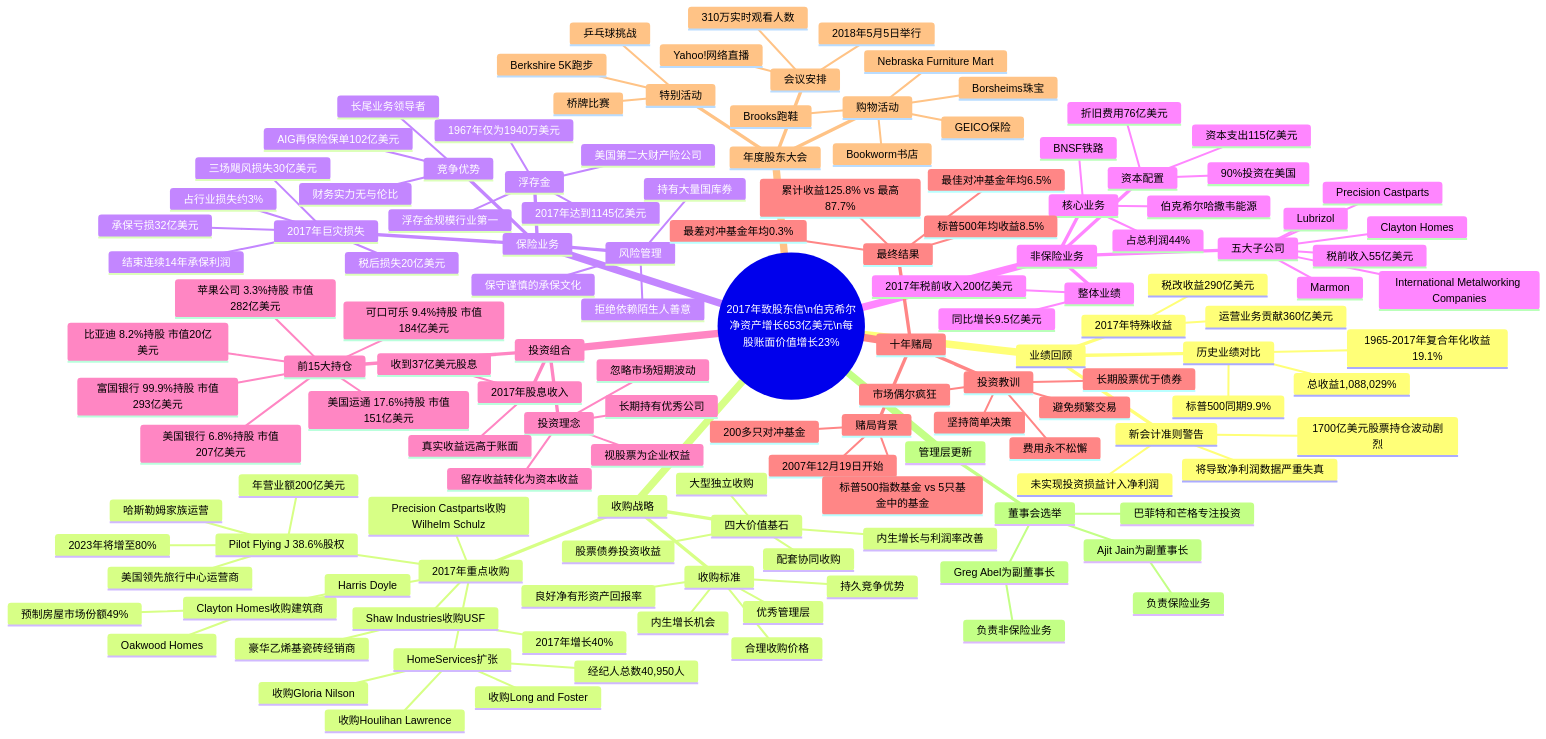
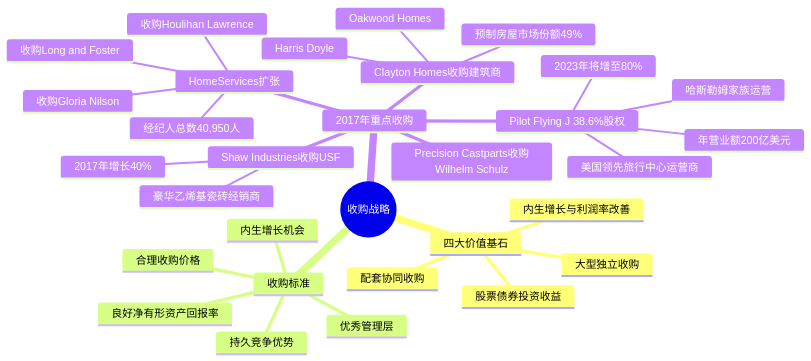
Before and after one commit to carllhm/buffett-knowledge-base: the third of 9 diagrams in docs/01_letters/2017年/思维导图.md, drawn with Mermaid. The commit also changed other lines of this file and 719 other files, not shown here.

Commit message:
思维导图重构：两级结构，总览+折叠子导图

````diff
--- a/docs/01_letters/2017年/思维导图.md
+++ b/docs/01_letters/2017年/思维导图.md
@@ -11,140 +90,34 @@
 ```mermaid
 mindmap
-  root((2017年致股东信\n伯克希尔净资产增长653亿美元\n每股账面价值增长23%))
-    业绩回顾
-      历史业绩对比
-        1965-2017年复合年化收益19.1%
-        总收益1,088,029%
-        标普500同期9.9%
-      2017年特殊收益
-        运营业务贡献360亿美元
-        税改收益290亿美元
-      新会计准则警告
-        未实现投资损益计入净利润
-        1700亿美元股票持仓波动剧烈
-        将导致净利润数据严重失真
-    收购战略
-      四大价值基石
-        大型独立收购
-        配套协同收购
-        内生增长与利润率改善
-        股票债券投资收益
-      收购标准
-        持久竞争优势
-        优秀管理层
-        良好净有形资产回报率
-        内生增长机会
-        合理收购价格
-      2017年重点收购
-        Pilot Flying J 38.6%股权
-          美国领先旅行中心运营商
-          年营业额200亿美元
-          哈斯勒姆家族运营
-          2023年将增至80%
-        Clayton Homes收购建筑商
-          Oakwood Homes
-          Harris Doyle
-          预制房屋市场份额49%
-        Shaw Industries收购USF
-          豪华乙烯基瓷砖经销商
-          2017年增长40%
-        HomeServices扩张
-          收购Long and Foster
-          收购Houlihan Lawrence
-          收购Gloria Nilson
-          经纪人总数40,950人
-        Precision Castparts收购Wilhelm Schulz
-    保险业务
-      浮存金
-        2017年达到1145亿美元
-        1967年仅为1940万美元
-        美国第二大财产险公司
-        浮存金规模行业第一
-      2017年巨灾损失
-        三场飓风损失30亿美元
-        税后损失20亿美元
-        占行业损失约3%
-        承保亏损32亿美元
-        结束连续14年承保利润
-      竞争优势
-        财务实力无与伦比
-        长尾业务领导者
-        AIG再保险保单102亿美元
-      风险管理
-        保守谨慎的承保文化
-        拒绝依赖陌生人善意
-        持有大量国库券
-    非保险业务
-      整体业绩
-        2017年税前收入200亿美元
-        同比增长9.5亿美元
-      核心业务
-        BNSF铁路
-        伯克希尔哈撒韦能源
-        占总利润44%
-      五大子公司
-        Clayton Homes
-        International Metalworking Companies
-        Lubrizol
-        Marmon
-        Precision Castparts
-        税前收入55亿美元
-      资本配置
-        折旧费用76亿美元
-        资本支出115亿美元
-        90%投资在美国
-    投资组合
-      前15大持仓
-        富国银行 99.9%持股 市值293亿美元
-        苹果公司 3.3%持股 市值282亿美元
-        美国银行 6.8%持股 市值207亿美元
-        可口可乐 9.4%持股 市值184亿美元
-        美国运通 17.6%持股 市值151亿美元
-        比亚迪 8.2%持股 市值20亿美元
-      投资理念
-        视股票为企业权益
-        忽略市场短期波动
-        长期持有优秀公司
-        留存收益转化为资本收益
-      2017年股息收入
-        收到37亿美元股息
-        真实收益远高于账面
-    十年赌局
-      赌局背景
-        2007年12月19日开始
-        标普500指数基金 vs 5只基金中的基金
-        200多只对冲基金
-      最终结果
-        标普500年均收益8.5%
-        最佳对冲基金年均6.5%
-        最差对冲基金年均0.3%
-        累计收益125.8% vs 最高87.7%
-      投资教训
-        费用永不松懈
-        市场偶尔疯狂
-        坚持简单决策
-        长期股票优于债券
-        避免频繁交易
-    年度股东大会
-      会议安排
-        2018年5月5日举行
-        Yahoo!网络直播
-        310万实时观看人数
-      购物活动
-        Nebraska Furniture Mart
-        Borsheims珠宝
-        Brooks跑鞋
-        GEICO保险
-        Bookworm书店
-      特别活动
-        Berkshire 5K跑步
-        桥牌比赛
-        乒乓球挑战
-    管理层更新
-      董事会选举
-        Ajit Jain为副董事长
-          负责保险业务
-        Greg Abel为副董事长
-          负责非保险业务
-        巴菲特和芒格专注投资
+  root((收购战略))
+    四大价值基石
+      大型独立收购
+      配套协同收购
+      内生增长与利润率改善
+      股票债券投资收益
+    收购标准
+      持久竞争优势
+      优秀管理层
+      良好净有形资产回报率
+      内生增长机会
+      合理收购价格
+    2017年重点收购
+      Pilot Flying J 38.6%股权
+        美国领先旅行中心运营商
+        年营业额200亿美元
+        哈斯勒姆家族运营
+        2023年将增至80%
+      Clayton Homes收购建筑商
+        Oakwood Homes
+        Harris Doyle
+        预制房屋市场份额49%
+      Shaw Industries收购USF
+        豪华乙烯基瓷砖经销商
+        2017年增长40%
+      HomeServices扩张
+        收购Long and Foster
+        收购Houlihan Lawrence
+        收购Gloria Nilson
+        经纪人总数40,950人
+      Precision Castparts收购Wilhelm Schulz
 ```
````
